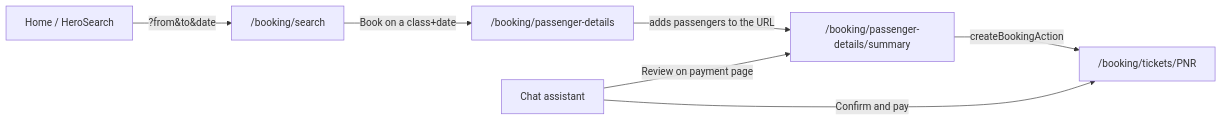
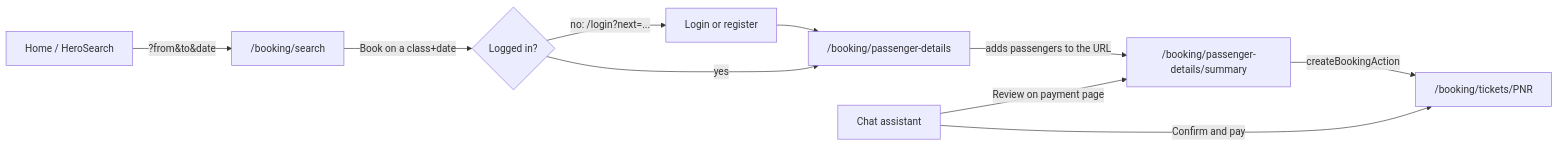
One commit to Abhishek0090/rail-book changed the diagram in docs/04-pages-and-booking-flow.md. Above: the diagram before and after it, drawn with Mermaid. The commit also changed other lines of this file and 76 other files, not shown here.

````diff
--- a/docs/04-pages-and-booking-flow.md
+++ b/docs/04-pages-and-booking-flow.md
@@ -5,9 +5,12 @@
 ```mermaid
 flowchart LR
   A["Home / HeroSearch"] -->|"?from&to&date"| B["/booking/search"]
-  B -->|"Book on a class+date"| C["/booking/passenger-details"]
+  B -->|"Book on a class+date"| L{"Logged in?"}
+  L -->|"no: /login?next=..."| G["Login or register"]
+  G --> C
+  L -->|"yes"| C["/booking/passenger-details"]
   C -->|"adds passengers to the URL"| D["/booking/passenger-details/summary"]
   D -->|"createBookingAction"| E["/booking/tickets/PNR"]
   F["Chat assistant"] -->|"Confirm and pay"| E
   F -->|"Review on payment page"| D
 ```
````
